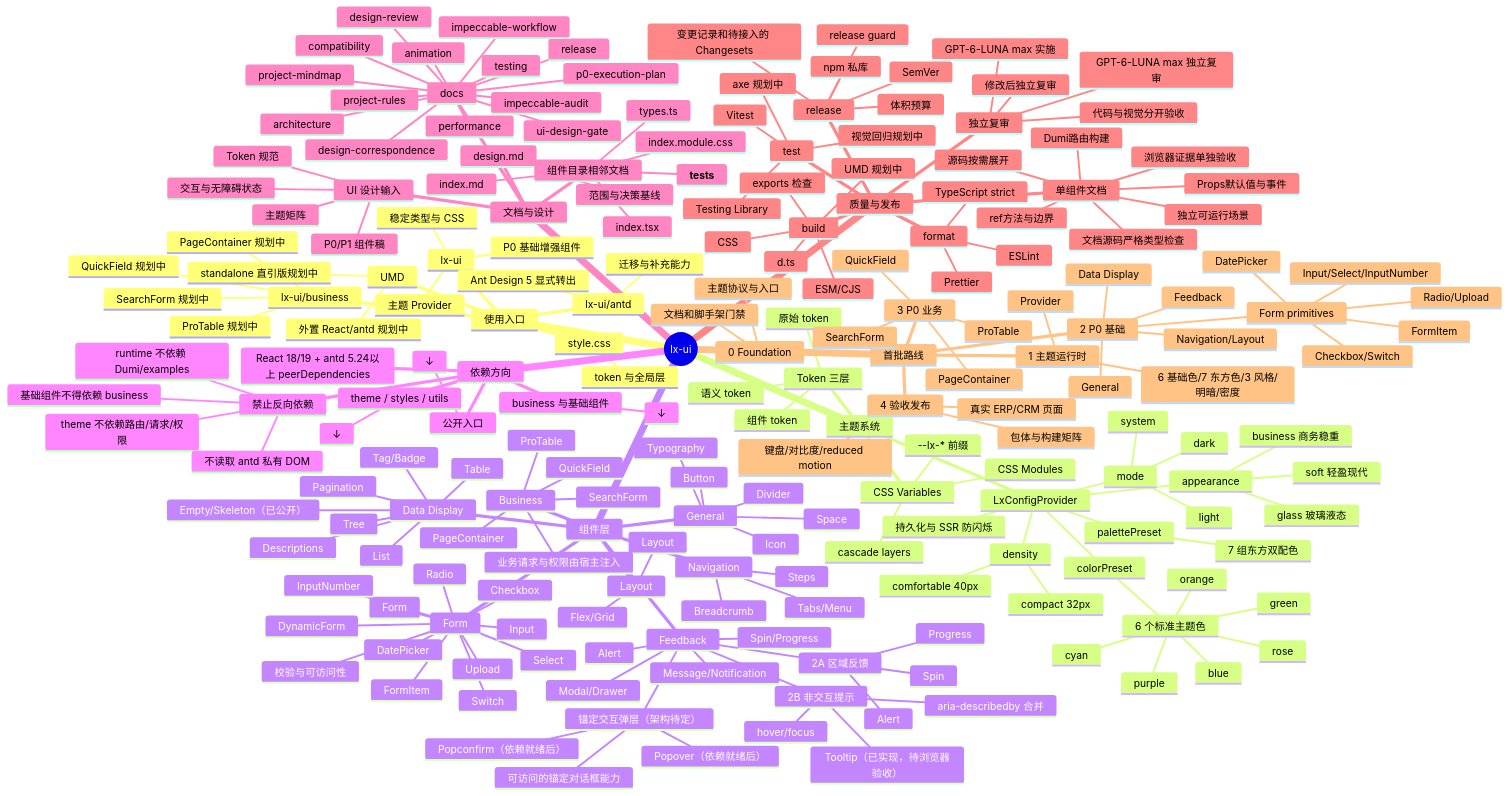
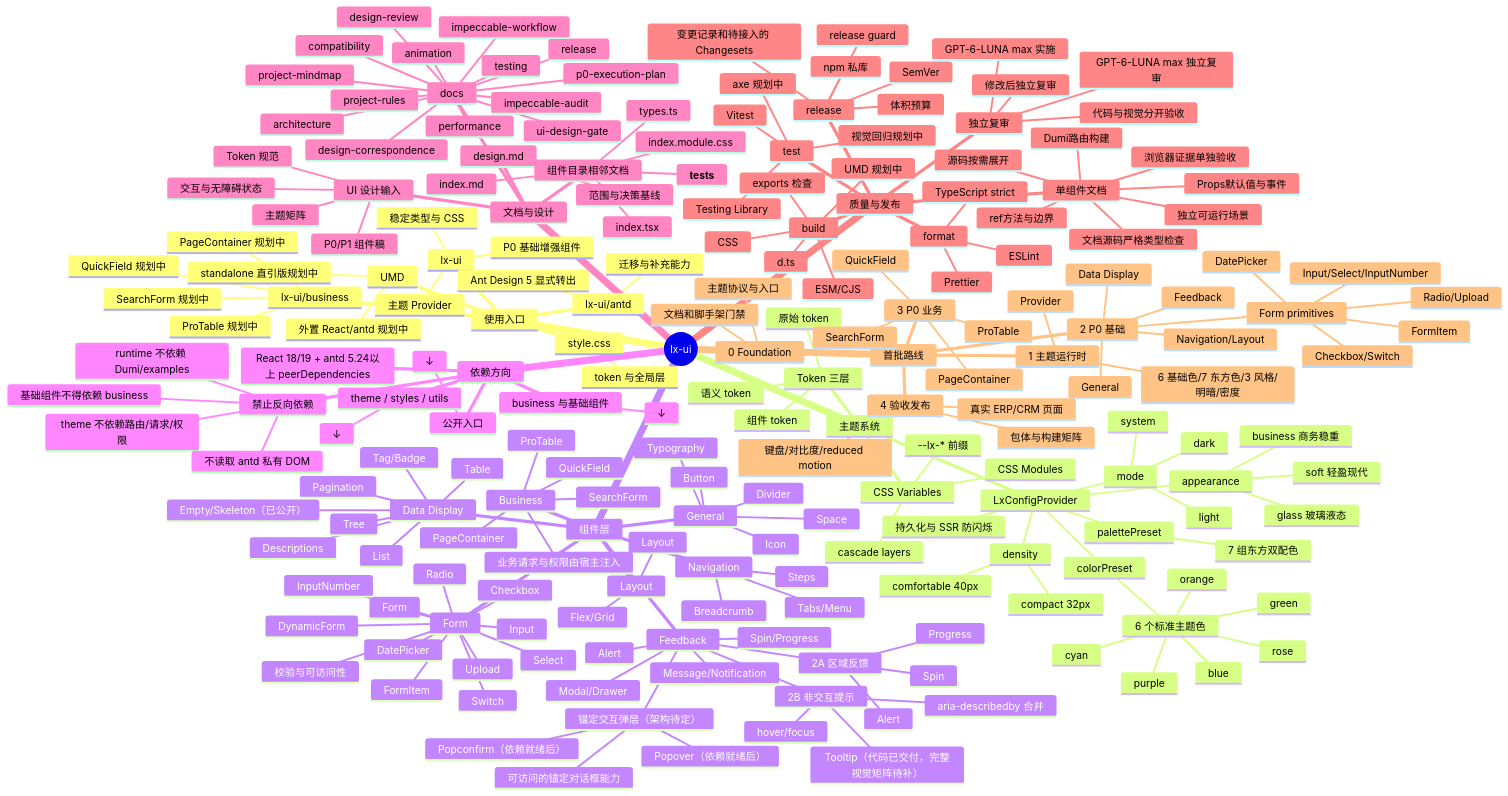
The diagram in docs/project-mindmap.md (1eonz/lz-ui), drawn with Mermaid before and after one commit. The commit also changed 4 other files, not shown here.

Commit message:
docs: add phased implementation roadmap

```diff
--- a/docs/project-mindmap.md
+++ b/docs/project-mindmap.md
@@ -91,7 +91,7 @@
           Spin
           Progress
         2B 非交互提示
-          Tooltip（已实现，待浏览器验收）
+          Tooltip（代码已交付，完整视觉矩阵待补）
           hover/focus
           aria-describedby 合并
         锚定交互弹层（架构待定）
```
